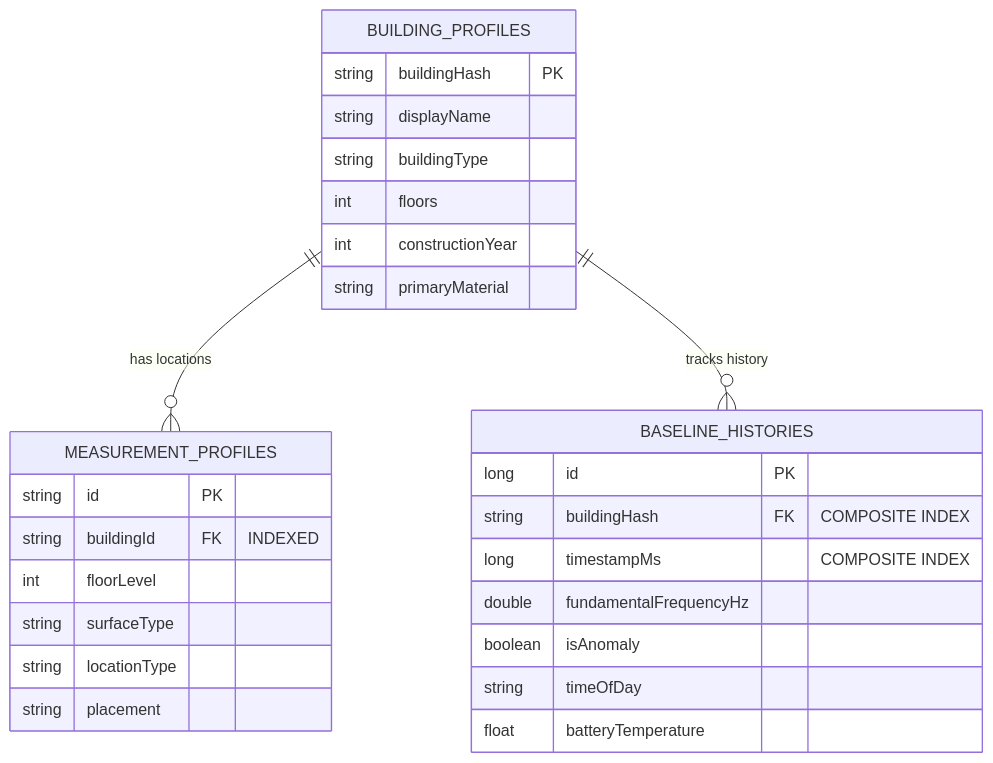
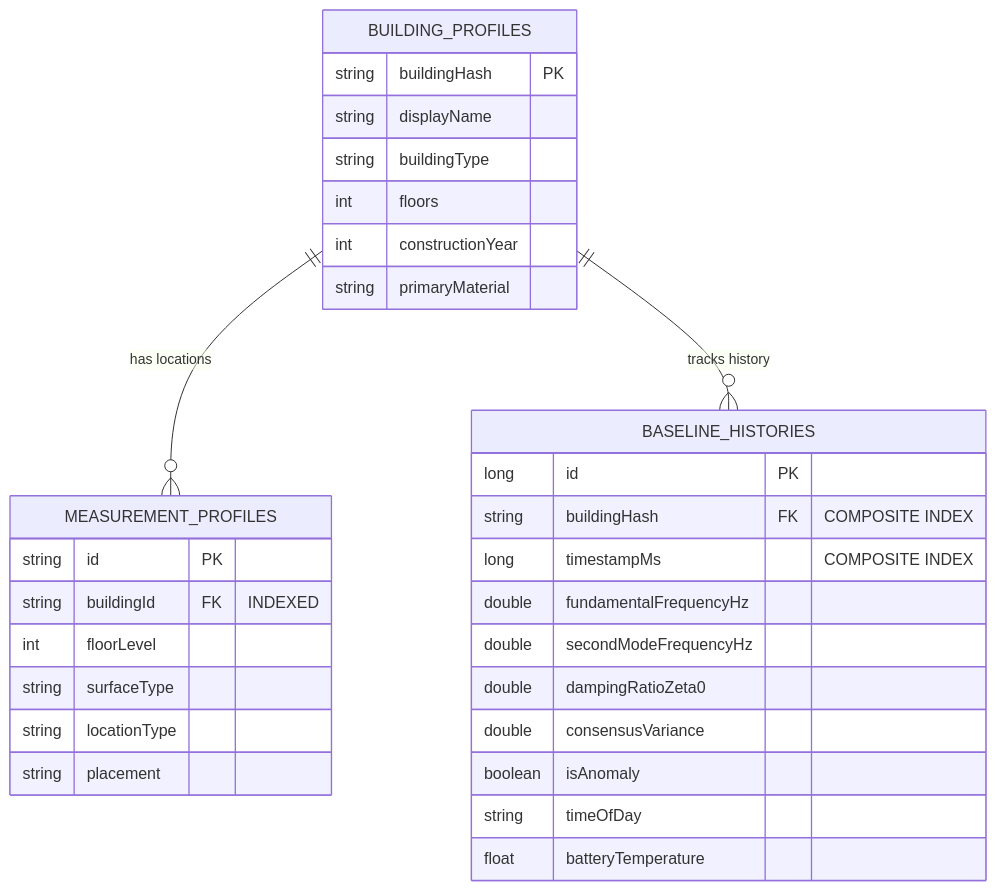
The second of 2 diagrams in docs/my/ARCHITECTURE_MY.md (intellibits28/PhoneSHM), drawn with Mermaid before and after one commit. The commit also changed other lines of this file and 38 other files, not shown here.

````diff
--- a/docs/my/ARCHITECTURE_MY.md
+++ b/docs/my/ARCHITECTURE_MY.md
@@ -122,33 +122,36 @@
 ```mermaid
 erDiagram
     BUILDING_PROFILES ||--o{ MEASUREMENT_PROFILES : "has locations"
     BUILDING_PROFILES ||--o{ BASELINE_HISTORIES : "tracks history"
 
     BUILDING_PROFILES {
         string buildingHash PK
         string displayName
         string buildingType
         int floors
         int constructionYear
         string primaryMaterial
     }
 
     MEASUREMENT_PROFILES {
         string id PK
         string buildingId FK "INDEXED"
         int floorLevel
         string surfaceType
         string locationType
         string placement
     }
 
     BASELINE_HISTORIES {
         long id PK
         string buildingHash FK "COMPOSITE INDEX"
         long timestampMs "COMPOSITE INDEX"
         double fundamentalFrequencyHz
+        double secondModeFrequencyHz
+        double dampingRatioZeta0
+        double consensusVariance
         boolean isAnomaly
         string timeOfDay
         float batteryTemperature
     }
 ```
````
